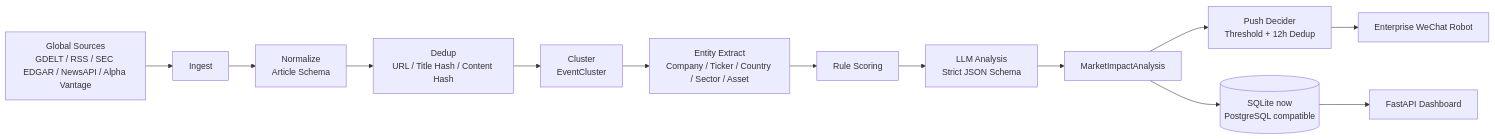
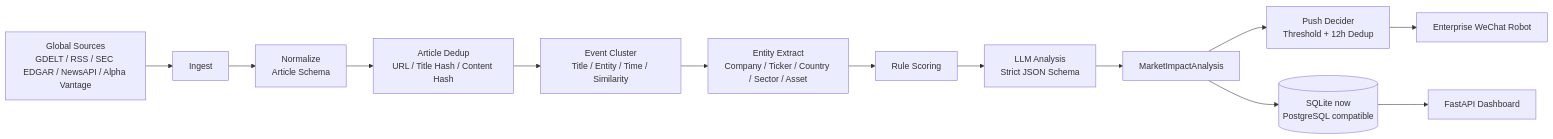
The diagram in README.md (SocrAIte/Market-Impact-Radar), drawn with Mermaid before and after one commit. The commit also changed other lines of this file, not shown here.

Commit message:
Clarify article deduplication scope

````diff
--- a/README.md
+++ b/README.md
@@ -47,15 +47,15 @@
 ```mermaid
 flowchart LR
   A["Global Sources<br/>GDELT / RSS / SEC EDGAR / NewsAPI / Alpha Vantage"] --> B["Ingest"]
   B --> C["Normalize<br/>Article Schema"]
-  C --> D["Dedup<br/>URL / Title Hash / Content Hash"]
-  D --> E["Cluster<br/>EventCluster"]
+  C --> D["Article Dedup<br/>URL / Title Hash / Content Hash"]
+  D --> E["Event Cluster<br/>Title / Entity / Time / Similarity"]
   E --> F["Entity Extract<br/>Company / Ticker / Country / Sector / Asset"]
   F --> G["Rule Scoring"]
   G --> H["LLM Analysis<br/>Strict JSON Schema"]
   H --> I["MarketImpactAnalysis"]
   I --> J["Push Decider<br/>Threshold + 12h Dedup"]
   J --> K["Enterprise WeChat Robot"]
   I --> L[("SQLite now<br/>PostgreSQL compatible")]
   L --> M["FastAPI Dashboard"]
 ```
````
